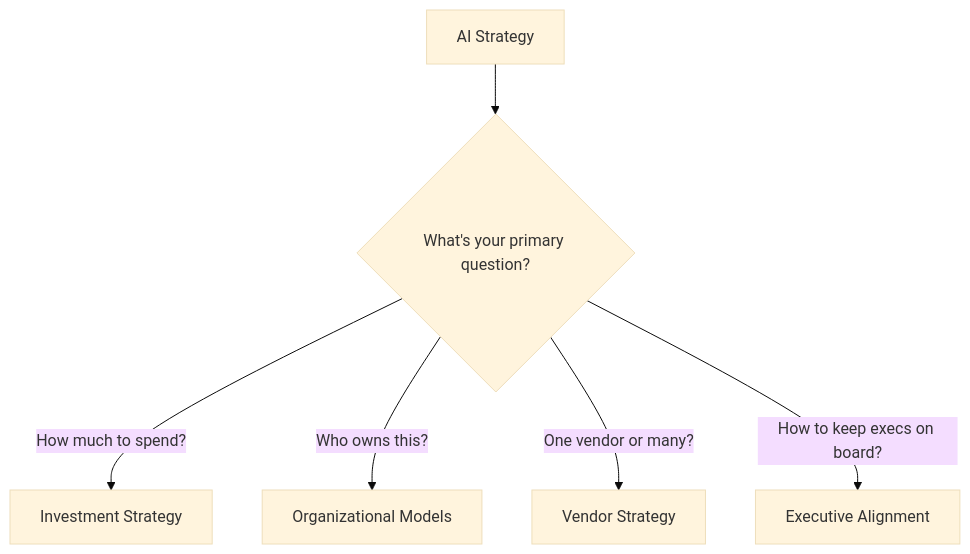
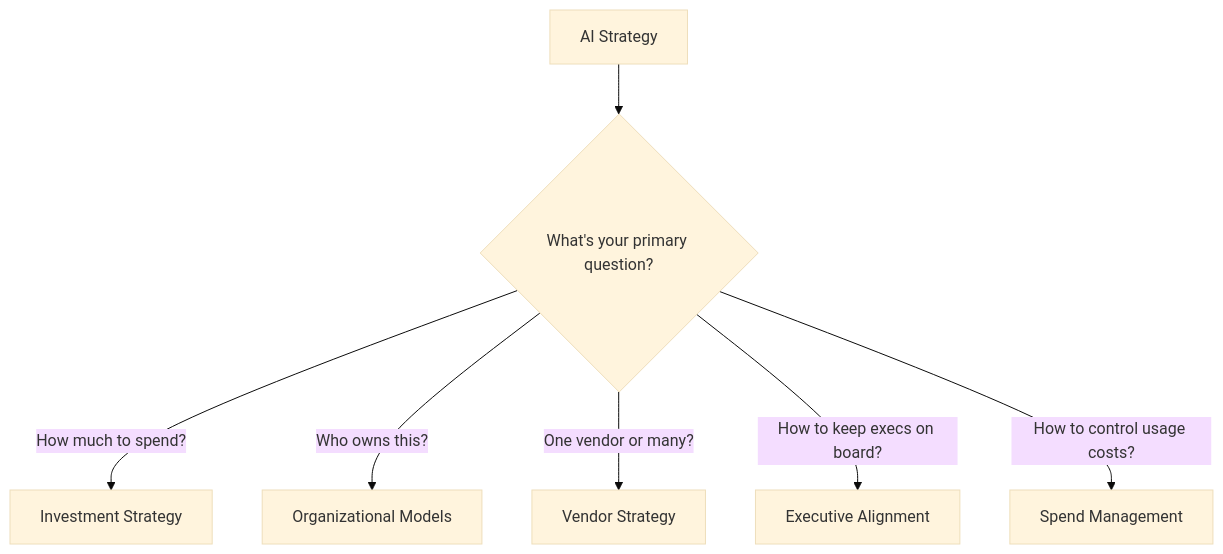
One commit to bernardmendonca/ai-engineering-playbook changed the diagram in ai-strategy/README.md. Above: the diagram before and after it, drawn with Mermaid (base theme). The commit also changed other lines of this file and 53 other files, not shown here.

````diff
--- a/ai-strategy/README.md
+++ b/ai-strategy/README.md
@@ -35,8 +36,9 @@
 ```mermaid
 flowchart TD
     A[AI Strategy] --> B{What's your primary question?}
     B -->|How much to spend?| C[Investment Strategy]
     B -->|Who owns this?| D[Organizational Models]
     B -->|One vendor or many?| E[Vendor Strategy]
     B -->|How to keep execs on board?| F[Executive Alignment]
+    B -->|How to control usage costs?| G[Spend Management]
 ```
````
